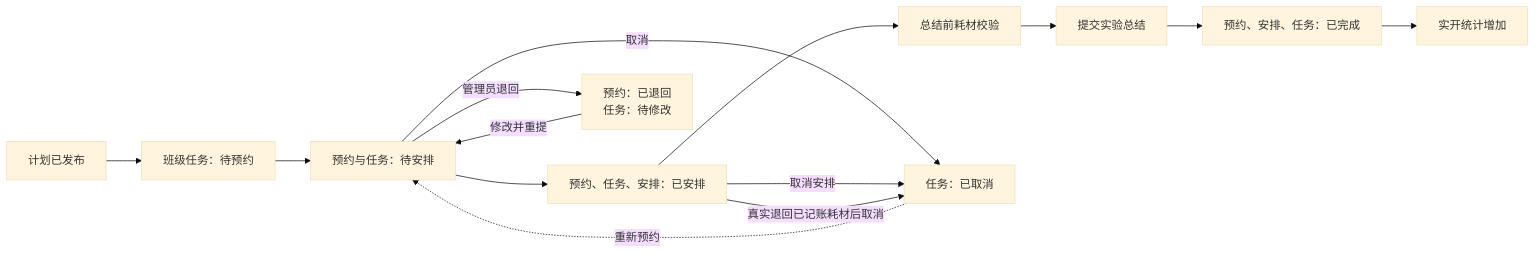
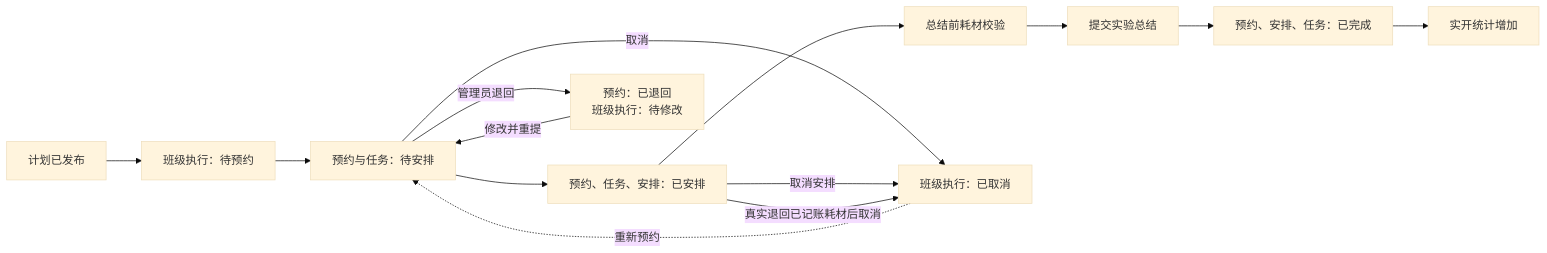
One commit to AlettaOkori/Qingpu_LaboratoryManagementSystem changed the third of 10 diagrams in new-demo/当前Demo业务流程与数据关系闭环评估报告.md. Above: the diagram before and after it, drawn with Mermaid (base theme). The commit also changed other lines of this file and 37 other files, not shown here.

````diff
--- a/new-demo/当前Demo业务流程与数据关系闭环评估报告.md
+++ b/new-demo/当前Demo业务流程与数据关系闭环评估报告.md
@@ -123,17 +181,17 @@
 ```mermaid
 flowchart LR
-  A[计划已发布] --> B[班级任务：待预约]
+  A[计划已发布] --> B[班级执行：待预约]
   B --> C[预约与任务：待安排]
   C --> D[预约、任务、安排：已安排]
   D --> E[总结前耗材校验]
   E --> F[提交实验总结]
   F --> G[预约、安排、任务：已完成]
   G --> H[实开统计增加]
 
-  C -->|管理员退回| I[预约：已退回<br/>任务：待修改]
+  C -->|管理员退回| I[预约：已退回<br/>班级执行：待修改]
   I -->|修改并重提| C
-  C -->|取消| J[任务：已取消]
+  C -->|取消| J[班级执行：已取消]
   D -->|取消安排| J
   D -->|真实退回已记账耗材后取消| J
 J -.重新预约.-> C
 ```
````
